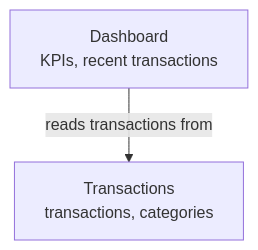
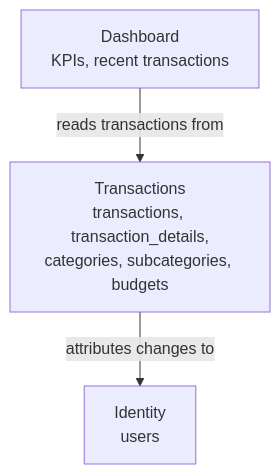
The diagram in docs/02-domain/domain-map.md (Naudi13/budget-tracker), drawn with Mermaid before and after one commit. The commit also changed other lines of this file and 2 other files, not shown here.

Commit message:
docs(domain): restructure transactions as a header-detail model
The ERD splits a transaction into a header (date, description) and
one or more transaction_details (subcategory, amount), with type
derived from subcategory -> category instead of stored directly.
Add User, Subcategory, and Budget entities, a new identity module,
and five business rules covering type derivation, soft delete, and
category/subcategory deletion guarded by referential use.

````diff
--- a/docs/02-domain/domain-map.md
+++ b/docs/02-domain/domain-map.md
@@ -5,7 +5,9 @@
 ```mermaid
 graph TD
-    Transactions["Transactions<br/>transactions, categories"]
+    Identity["Identity<br/>users"]
+    Transactions["Transactions<br/>transactions, transaction_details,<br/>categories, subcategories, budgets"]
     Dashboard["Dashboard<br/>KPIs, recent transactions"]
 
+    Transactions -->|attributes changes to| Identity
     Dashboard -->|reads transactions from| Transactions
 ```
````
